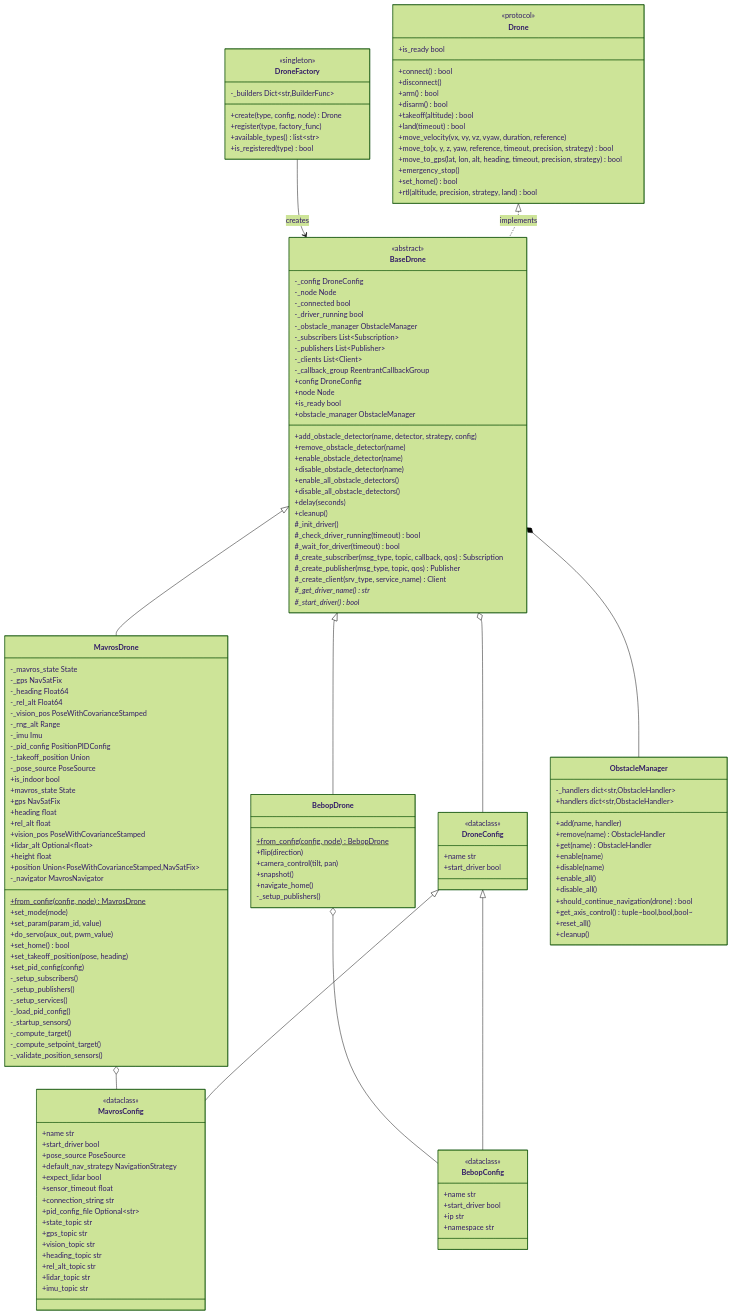
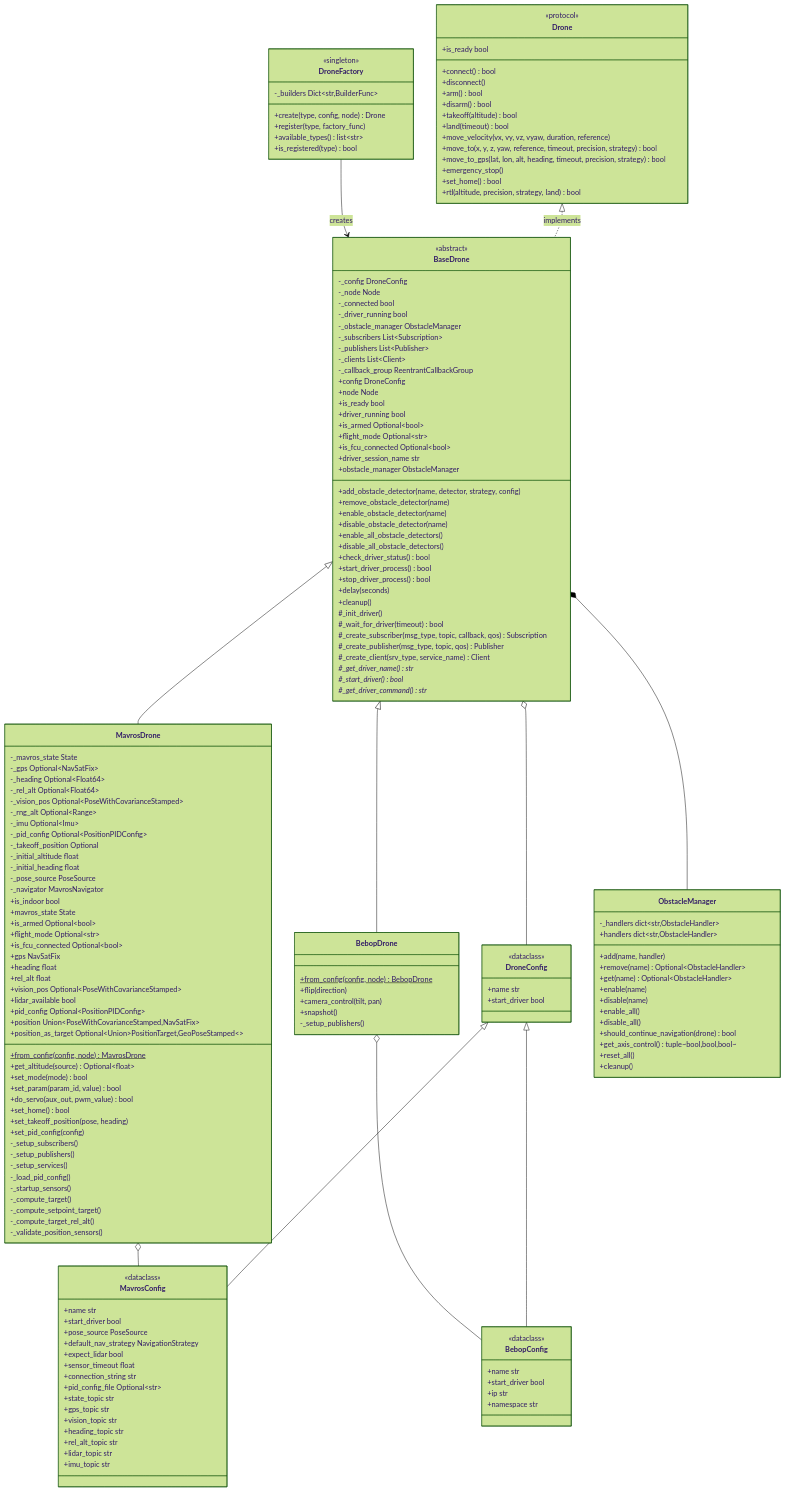
One commit to Black-Bee-Drones/nectar-sdk changed the first of 2 diagrams in nectar/nectar/control/README.md. Above: the diagram before and after it, drawn with Mermaid (forest theme). The commit also changed other lines of this file and 3 other files, not shown here.

Commit message:
feat: update control module diagrams

```diff
--- a/nectar/nectar/control/README.md
+++ b/nectar/nectar/control/README.md
@@ -54,6 +54,11 @@
         +config DroneConfig
         +node Node
         +is_ready bool
+        +driver_running bool
+        +is_armed Optional~bool~
+        +flight_mode Optional~str~
+        +is_fcu_connected Optional~bool~
+        +driver_session_name str
         +obstacle_manager ObstacleManager
         +add_obstacle_detector(name, detector, strategy, config)
         +remove_obstacle_detector(name)
@@ -61,46 +66,56 @@
         +disable_obstacle_detector(name)
         +enable_all_obstacle_detectors()
         +disable_all_obstacle_detectors()
+        +check_driver_status() bool
+        +start_driver_process() bool
+        +stop_driver_process() bool
         +delay(seconds)
         +cleanup()
         #_init_driver()
-        #_check_driver_running(timeout) bool
         #_wait_for_driver(timeout) bool
         #_create_subscriber(msg_type, topic, callback, qos) Subscription
         #_create_publisher(msg_type, topic, qos) Publisher
         #_create_client(srv_type, service_name) Client
         #_get_driver_name()* str
         #_start_driver()* bool
+        #_get_driver_command()* str
     }
 
     class MavrosDrone {
         -_mavros_state State
-        -_gps NavSatFix
-        -_heading Float64
-        -_rel_alt Float64
-        -_vision_pos PoseWithCovarianceStamped
-        -_rng_alt Range
-        -_imu Imu
-        -_pid_config PositionPIDConfig
-        -_takeoff_position Union
+        -_gps Optional~NavSatFix~
+        -_heading Optional~Float64~
+        -_rel_alt Optional~Float64~
+        -_vision_pos Optional~PoseWithCovarianceStamped~
+        -_rng_alt Optional~Range~
+        -_imu Optional~Imu~
+        -_pid_config Optional~PositionPIDConfig~
+        -_takeoff_position Optional
+        -_initial_altitude float
+        -_initial_heading float
         -_pose_source PoseSource
+        -_navigator MavrosNavigator
         +is_indoor bool
         +mavros_state State
+        +is_armed Optional~bool~
+        +flight_mode Optional~str~
+        +is_fcu_connected Optional~bool~
         +gps NavSatFix
         +heading float
         +rel_alt float
-        +vision_pos PoseWithCovarianceStamped
-        +lidar_alt Optional~float~
-        +height float
+        +vision_pos Optional~PoseWithCovarianceStamped~
+        +lidar_available bool
+        +pid_config Optional~PositionPIDConfig~
         +position Union~PoseWithCovarianceStamped,NavSatFix~
+        +position_as_target Optional~Union~PositionTarget,GeoPoseStamped~~
         +from_config(config, node)$ MavrosDrone
-        +set_mode(mode)
-        +set_param(param_id, value)
-        +do_servo(aux_out, pwm_value)
+        +get_altitude(source) Optional~float~
+        +set_mode(mode) bool
+        +set_param(param_id, value) bool
+        +do_servo(aux_out, pwm_value) bool
         +set_home() bool
         +set_takeoff_position(pose, heading)
         +set_pid_config(config)
-        -_navigator MavrosNavigator
         -_setup_subscribers()
         -_setup_publishers()
         -_setup_services()
@@ -108,6 +123,7 @@
         -_startup_sensors()
         -_compute_target()
         -_compute_setpoint_target()
+        -_compute_target_rel_alt()
         -_validate_position_sensors()
     }
 
@@ -116,7 +132,6 @@
         +flip(direction)
         +camera_control(tilt, pan)
         +snapshot()
-        +navigate_home()
         -_setup_publishers()
     }
 
@@ -157,8 +172,8 @@
         -_handlers dict~str,ObstacleHandler~
         +handlers dict~str,ObstacleHandler~
         +add(name, handler)
-        +remove(name) ObstacleHandler
-        +get(name) ObstacleHandler
+        +remove(name) Optional~ObstacleHandler~
+        +get(name) Optional~ObstacleHandler~
         +enable(name)
         +disable(name)
         +enable_all()
```
